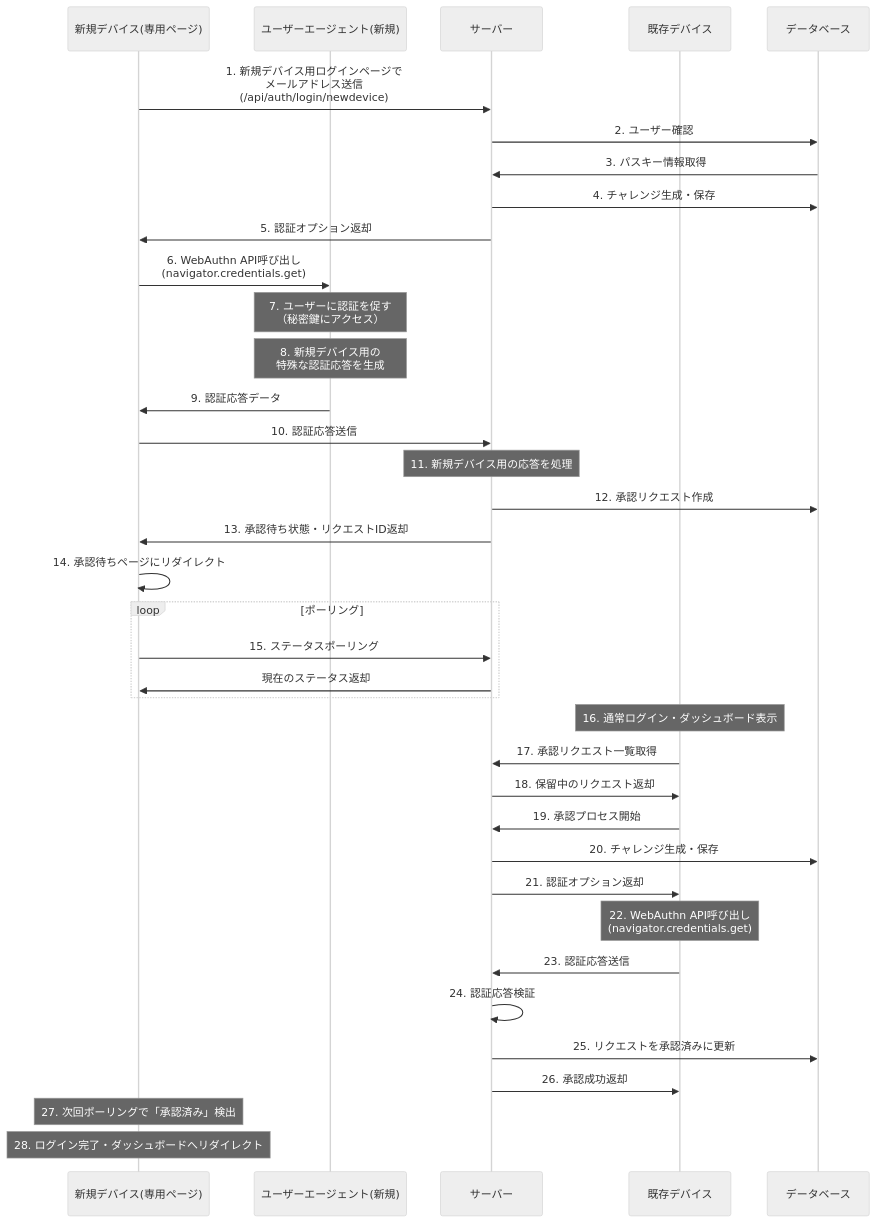
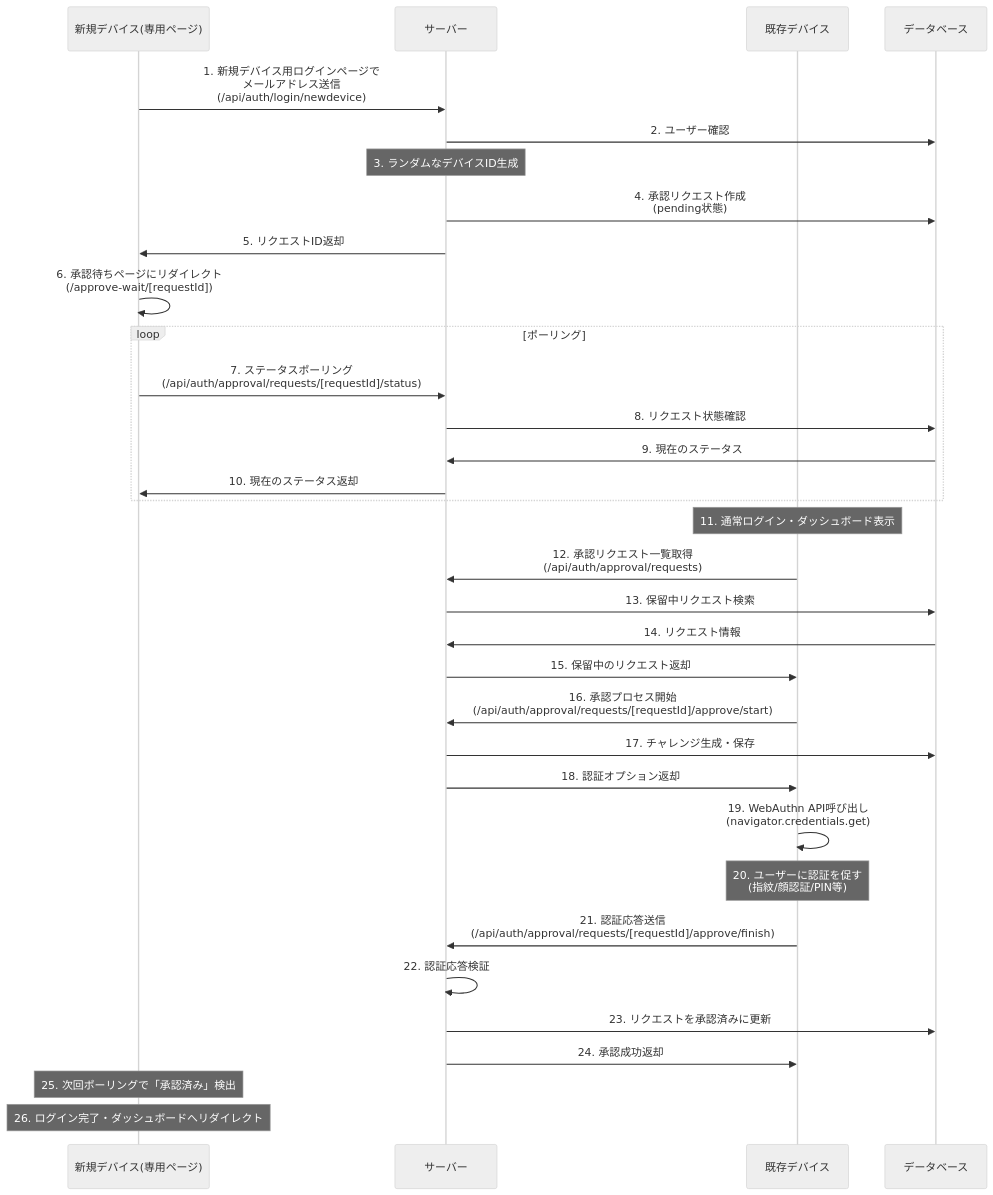
The third of 4 diagrams in day7_passkey_auth/README.md (lirlia/100day_challenge_backend), drawn with Mermaid (neutral theme) before and after one commit.

Commit message:
docs: 新規デバイスログインのシーケンス図を実際の実装に合わせて修正

````diff
--- a/day7_passkey_auth/README.md
+++ b/day7_passkey_auth/README.md
@@ -203,45 +203,42 @@
 ```mermaid
 sequenceDiagram
     participant 新デバイス as 新規デバイス(専用ページ)
-    participant UA as ユーザーエージェント(新規)
     participant サーバー as サーバー
     participant 既存デバイス as 既存デバイス
     participant DB as データベース
     
     新デバイス->>サーバー: 1. 新規デバイス用ログインページで<br>メールアドレス送信<br>(/api/auth/login/newdevice)
     サーバー->>DB: 2. ユーザー確認
-    DB->>サーバー: 3. パスキー情報取得
-    サーバー->>DB: 4. チャレンジ生成・保存
-    サーバー->>新デバイス: 5. 認証オプション返却
-    
-    新デバイス->>UA: 6. WebAuthn API呼び出し<br>(navigator.credentials.get)
-    Note over UA: 7. ユーザーに認証を促す<br>（秘密鍵にアクセス）
-    Note over UA: 8. 新規デバイス用の<br>特殊な認証応答を生成
-    UA->>新デバイス: 9. 認証応答データ
-    
-    新デバイス->>サーバー: 10. 認証応答送信
-    Note over サーバー: 11. 新規デバイス用の応答を処理
-    サーバー->>DB: 12. 承認リクエスト作成
-    サーバー->>新デバイス: 13. 承認待ち状態・リクエストID返却
-    新デバイス->>新デバイス: 14. 承認待ちページにリダイレクト
+    Note over サーバー: 3. ランダムなデバイスID生成
+    サーバー->>DB: 4. 承認リクエスト作成<br>(pending状態)
+    サーバー->>新デバイス: 5. リクエストID返却
+    新デバイス->>新デバイス: 6. 承認待ちページにリダイレクト<br>(/approve-wait/[requestId])
     
     loop ポーリング
-        新デバイス->>サーバー: 15. ステータスポーリング
-        サーバー->>新デバイス: 現在のステータス返却
+        新デバイス->>サーバー: 7. ステータスポーリング<br>(/api/auth/approval/requests/[requestId]/status)
+        サーバー->>DB: 8. リクエスト状態確認
+        DB->>サーバー: 9. 現在のステータス
+        サーバー->>新デバイス: 10. 現在のステータス返却
     end
     
-    Note over 既存デバイス: 16. 通常ログイン・ダッシュボード表示
-    既存デバイス->>サーバー: 17. 承認リクエスト一覧取得
-    サーバー->>既存デバイス: 18. 保留中のリクエスト返却
-    既存デバイス->>サーバー: 19. 承認プロセス開始
-    サーバー->>DB: 20. チャレンジ生成・保存
-    サーバー->>既存デバイス: 21. 認証オプション返却
-    Note over 既存デバイス: 22. WebAuthn API呼び出し<br>(navigator.credentials.get)
-    既存デバイス->>サーバー: 23. 認証応答送信
-    サーバー->>サーバー: 24. 認証応答検証
-    サーバー->>DB: 25. リクエストを承認済みに更新
-    サーバー->>既存デバイス: 26. 承認成功返却
+    Note over 既存デバイス: 11. 通常ログイン・ダッシュボード表示
+    既存デバイス->>サーバー: 12. 承認リクエスト一覧取得<br>(/api/auth/approval/requests)
+    サーバー->>DB: 13. 保留中リクエスト検索
+    DB->>サーバー: 14. リクエスト情報
+    サーバー->>既存デバイス: 15. 保留中のリクエスト返却
     
-    Note over 新デバイス: 27. 次回ポーリングで「承認済み」検出
-    Note over 新デバイス: 28. ログイン完了・ダッシュボードへリダイレクト
+    既存デバイス->>サーバー: 16. 承認プロセス開始<br>(/api/auth/approval/requests/[requestId]/approve/start)
+    サーバー->>DB: 17. チャレンジ生成・保存
+    サーバー->>既存デバイス: 18. 認証オプション返却
+    
+    既存デバイス->>既存デバイス: 19. WebAuthn API呼び出し<br>(navigator.credentials.get)
+    Note over 既存デバイス: 20. ユーザーに認証を促す<br>(指紋/顔認証/PIN等)
+    
+    既存デバイス->>サーバー: 21. 認証応答送信<br>(/api/auth/approval/requests/[requestId]/approve/finish)
+    サーバー->>サーバー: 22. 認証応答検証
+    サーバー->>DB: 23. リクエストを承認済みに更新
+    サーバー->>既存デバイス: 24. 承認成功返却
+    
+    Note over 新デバイス: 25. 次回ポーリングで「承認済み」検出
+    Note over 新デバイス: 26. ログイン完了・ダッシュボードへリダイレクト
 ```
````
